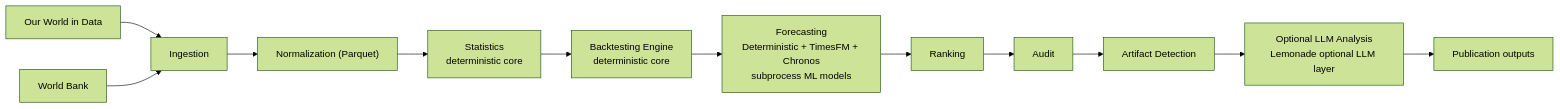
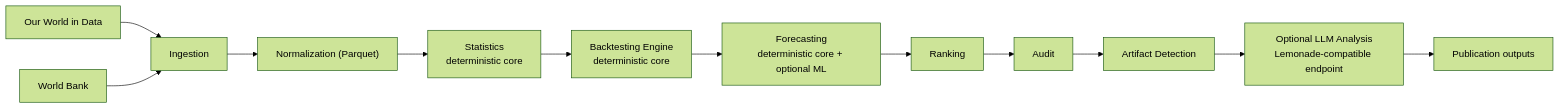
Before and after one commit to Patrice-Gaudicheau/ContinuityBreakDetector: the diagram in README.md, drawn with Mermaid (forest theme). The commit also changed other lines of this file and 5 other files, not shown here.

Commit message:
Document ML worker architecture

````diff
--- a/README.md
+++ b/README.md
@@ -13,14 +26,14 @@
 ```mermaid
 flowchart LR
     OWID["Our World in Data"] --> ING["Ingestion"]
     WB["World Bank"] --> ING
     ING --> NORM["Normalization (Parquet)"]
     NORM --> STATS["Statistics<br/>deterministic core"]
     STATS --> BACKTEST["Backtesting Engine<br/>deterministic core"]
-    BACKTEST --> FORECAST["Forecasting<br/>Deterministic + TimesFM + Chronos<br/>subprocess ML models"]
+    BACKTEST --> FORECAST["Forecasting<br/>deterministic core + optional ML"]
     FORECAST --> RANK["Ranking"]
     RANK --> AUDIT["Audit"]
     AUDIT --> ARTIFACT["Artifact Detection"]
-    ARTIFACT --> LLM["Optional LLM Analysis<br/>Lemonade optional LLM layer"]
+    ARTIFACT --> LLM["Optional LLM Analysis<br/>Lemonade-compatible endpoint"]
     LLM --> PUB["Publication outputs"]
 ```
````
